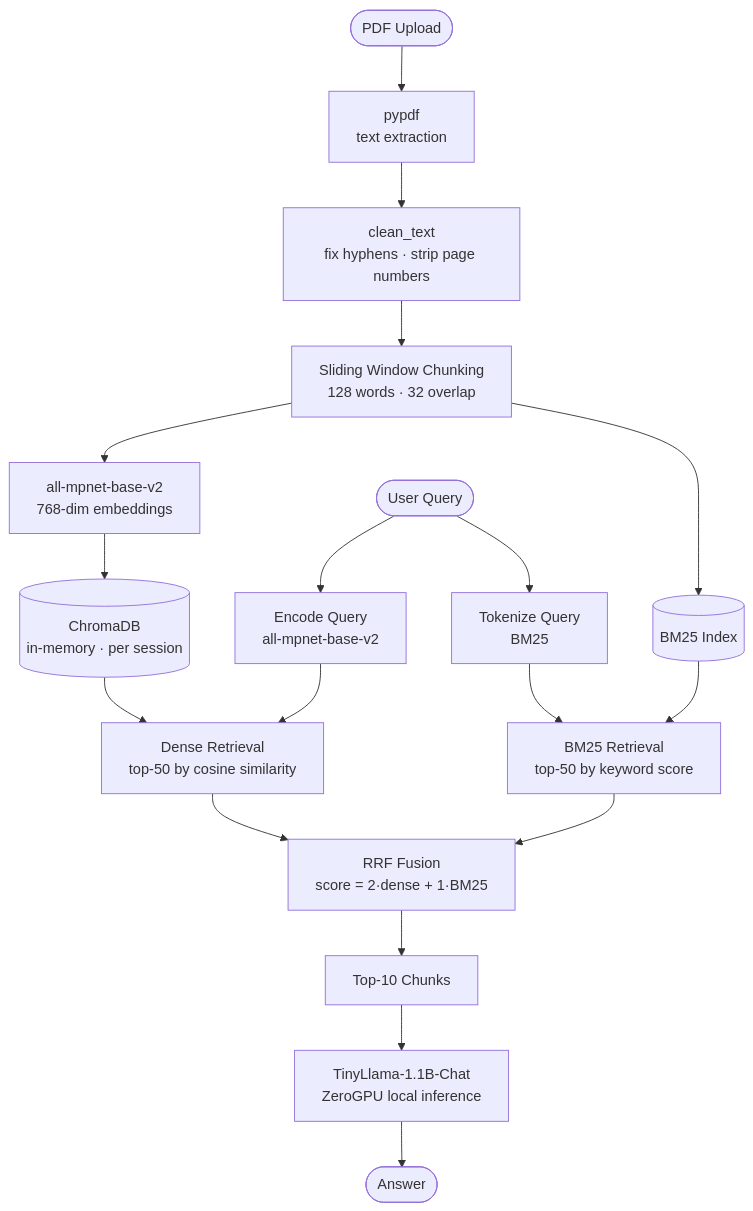
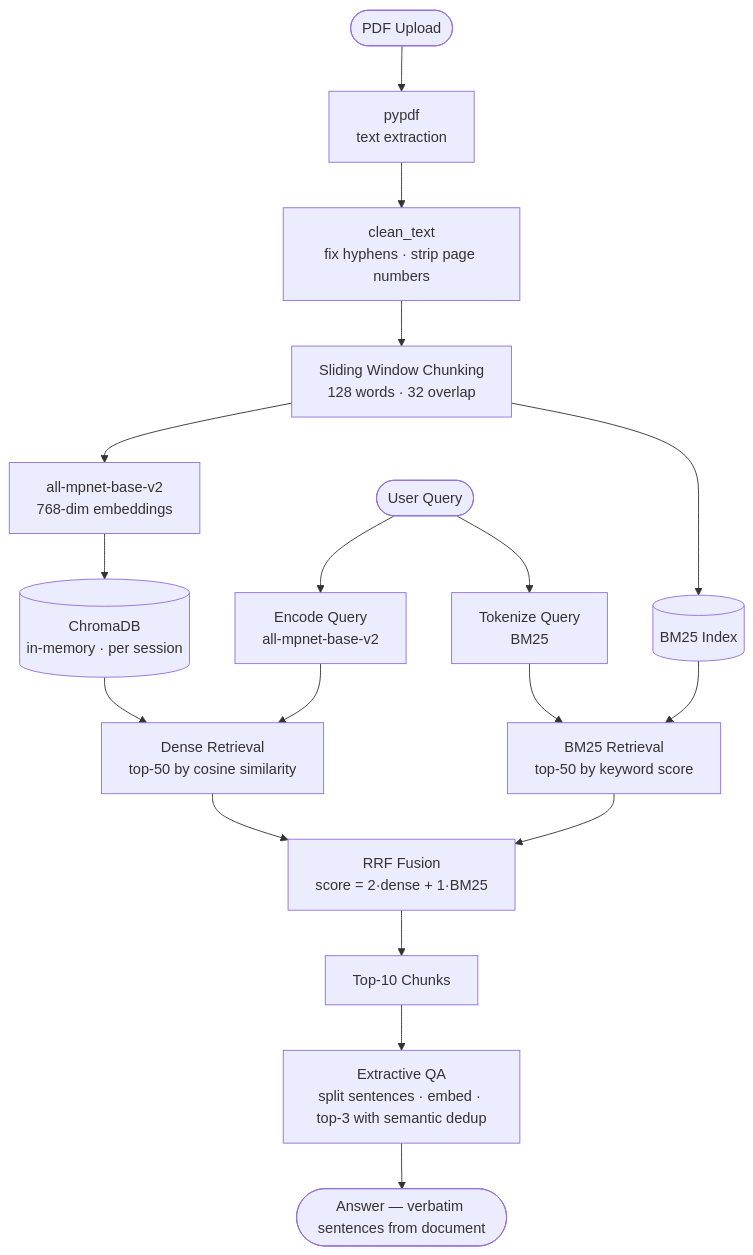
The first of 2 diagrams in README.md (sumanthvelagala/document-rag), drawn with Mermaid before and after one commit. The commit also changed other lines of this file and 2 other files, not shown here.

First line of the commit message:
Switch to extractive QA, single Ask button, 14/15 accuracy on lease eval

````diff
--- a/README.md
+++ b/README.md
@@ -17,23 +17,23 @@
 ```mermaid
 flowchart TD
     A([PDF Upload]) --> B[pypdf\ntext extraction]
     B --> C[clean_text\nfix hyphens · strip page numbers]
     C --> D[Sliding Window Chunking\n128 words · 32 overlap]
     D --> E[all-mpnet-base-v2\n768-dim embeddings]
     D --> G[(BM25 Index)]
     E --> F[(ChromaDB\nin-memory · per session)]
 
     Q([User Query]) --> QE[Encode Query\nall-mpnet-base-v2]
     Q --> QB[Tokenize Query\nBM25]
 
     QE --> DR[Dense Retrieval\ntop-50 by cosine similarity]
     QB --> BR[BM25 Retrieval\ntop-50 by keyword score]
     F --> DR
     G --> BR
 
     DR --> RRF[RRF Fusion\nscore = 2·dense + 1·BM25]
     BR --> RRF
     RRF --> TOP[Top-10 Chunks]
-    TOP --> LLM[TinyLlama-1.1B-Chat\nZeroGPU local inference]
-    LLM --> ANS([Answer])
+    TOP --> EXT[Extractive QA\nsplit sentences · embed · top-3 with semantic dedup]
+    EXT --> ANS([Answer — verbatim sentences from document])
 ```
````
